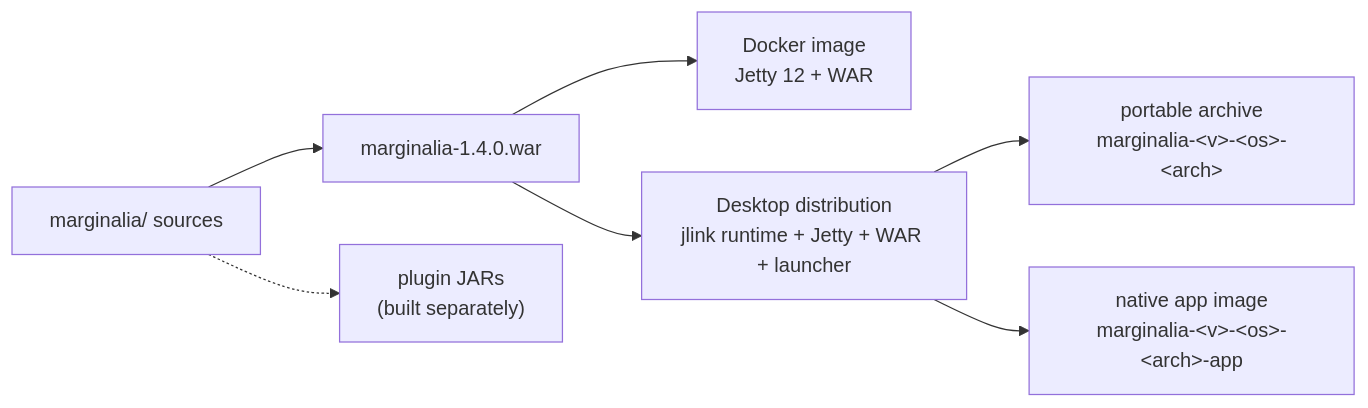
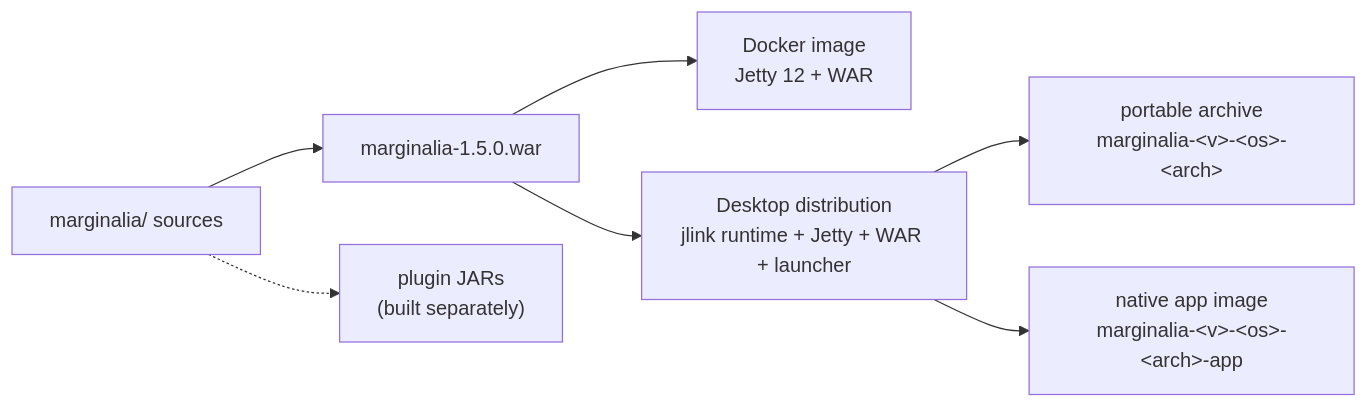
The first of 3 diagrams in manual/developer/packaging.md (Enerccio/Marginalia), drawn with Mermaid before and after one commit. The commit also changed other lines of this file and 9 other files, not shown here.

````diff
--- a/manual/developer/packaging.md
+++ b/manual/developer/packaging.md
@@ -26,9 +26,9 @@
 ```mermaid
 flowchart LR
-    src["marginalia/ sources"] --> war["marginalia-1.4.0.war"]
+    src["marginalia/ sources"] --> war["marginalia-1.5.0.war"]
     war --> docker["Docker image<br/>Jetty 12 + WAR"]
     war --> desktop["Desktop distribution<br/>jlink runtime + Jetty + WAR + launcher"]
     desktop --> portable["portable archive<br/>marginalia-&lt;v&gt;-&lt;os&gt;-&lt;arch&gt;"]
     desktop --> appimage["native app image<br/>marginalia-&lt;v&gt;-&lt;os&gt;-&lt;arch&gt;-app"]
     src -.-> plugins["plugin JARs<br/>(built separately)"]
 ```
````
